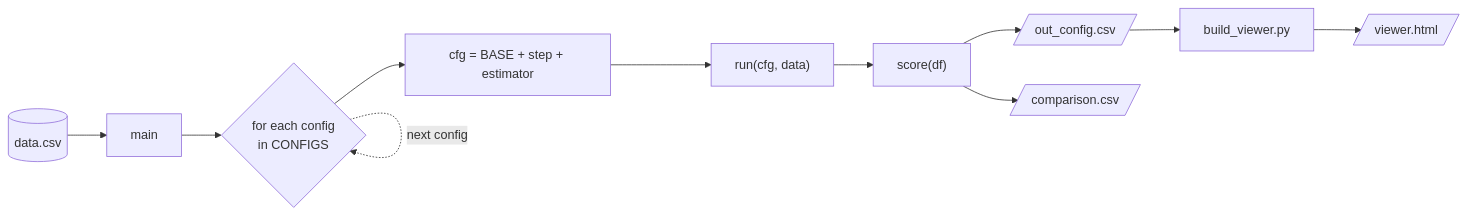
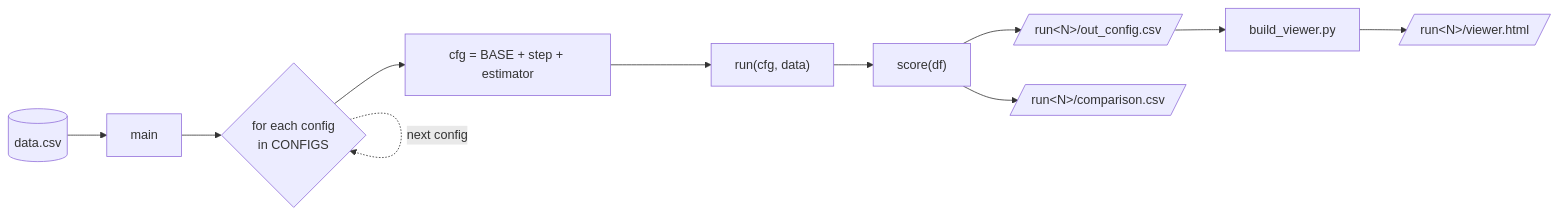
The third of 11 diagrams in README.md (sing456123/FYP), drawn with Mermaid before and after one commit. The commit also changed other lines of this file and 11 other files, not shown here.

First line of the commit message:
Save each run in its own run<N>/ folder with config.json

````diff
--- a/README.md
+++ b/README.md
@@ -48,12 +49,12 @@
 ```mermaid
 flowchart LR
     A[(data.csv)] --> B[main]
     B --> C{for each config<br/>in CONFIGS}
     C --> D["cfg = BASE + step + estimator"]
     D --> E["run(cfg, data)"]
     E --> F["score(df)"]
-    F --> G[/out_config.csv/]
-    F --> H[/comparison.csv/]
+    F --> G[/"run&lt;N&gt;/out_config.csv"/]
+    F --> H[/"run&lt;N&gt;/comparison.csv"/]
     C -. next config .-> C
-    G --> V["build_viewer.py"] --> VH[/viewer.html/]
+    G --> V["build_viewer.py"] --> VH[/"run&lt;N&gt;/viewer.html"/]
 ```
````
